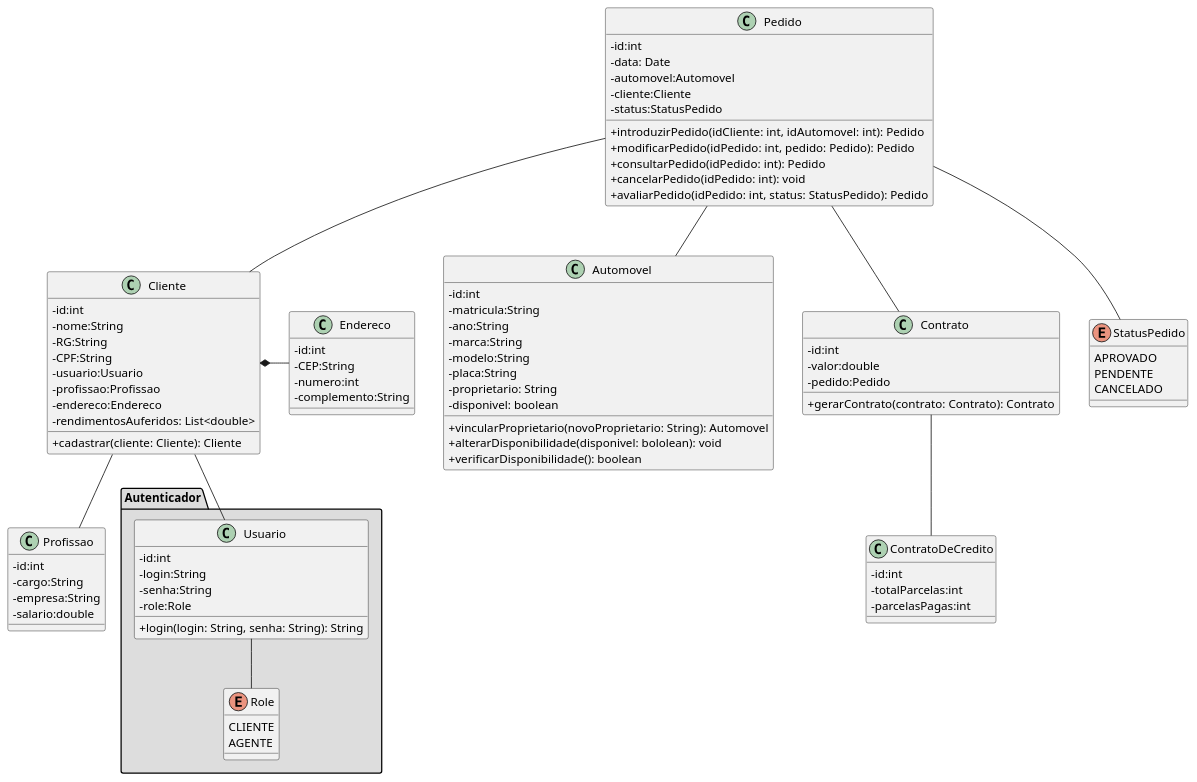
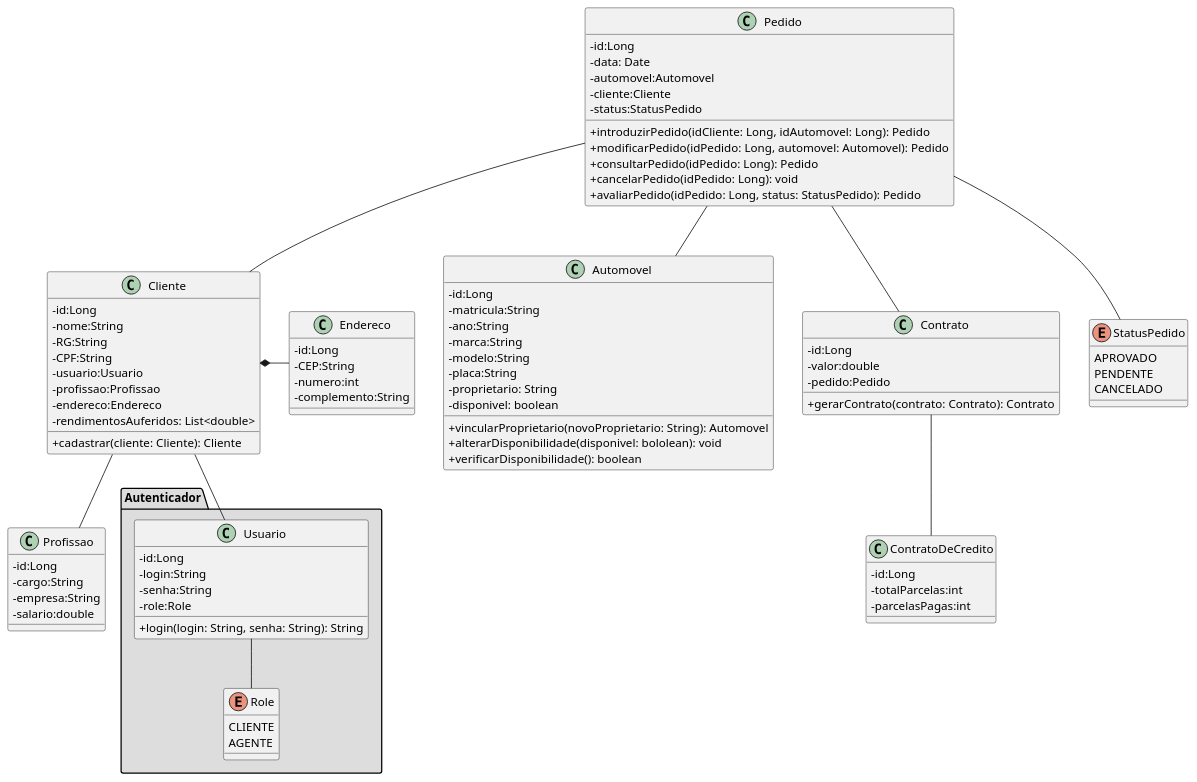
The diagram in projeto/DiagramaDeClasse/diagramaDeClasse.puml (pedromaximocampos/Laboratorio-Desenvolvimento-02), drawn with PlantUML before and after one commit. The commit also changed 4 other files, not shown here.

Commit message:
Correcao de diagramas

```diff
--- a/projeto/DiagramaDeClasse/diagramaDeClasse.puml
+++ b/projeto/DiagramaDeClasse/diagramaDeClasse.puml
@@ -1,112 +1,112 @@
 @startuml
 skinparam classAttributeIconSize 0
 
 package "Autenticador" #DDDDDD {
 
 class Usuario{
--id:int
+-id:Long
 -login:String
 -senha:String
 -role:Role
 
 +login(login: String, senha: String): String
 }
 
 enum Role{
     CLIENTE
     AGENTE
 }
 
 Usuario -- Role
 }
 
 class Cliente{
- -id:int
+ -id:Long
  -nome:String
  -RG:String
  -CPF:String
  -usuario:Usuario
  -profissao:Profissao
  -endereco:Endereco
  -rendimentosAuferidos: List<double>
 
  +cadastrar(cliente: Cliente): Cliente
 }
 
 class Endereco{
--id:int
+-id:Long
 -CEP:String
 -numero:int
 -complemento:String
 }
 
 class Profissao{
--id:int
+-id:Long
 -cargo:String
 -empresa:String
 -salario:double
 }
 
 class Automovel{
--id:int
+-id:Long
 -matricula:String
 -ano:String
 -marca:String
 -modelo:String
 -placa:String
 -proprietario: String
 -disponivel: boolean
 
 +vincularProprietario(novoProprietario: String): Automovel
 +alterarDisponibilidade(disponivel: bololean): void
 +verificarDisponibilidade(): boolean
 }
 
 class Contrato{
--id:int
+-id:Long
 -valor:double
 -pedido:Pedido
 
 +gerarContrato(contrato: Contrato): Contrato
 }
 
 class ContratoDeCredito{
--id:int
+-id:Long
 -totalParcelas:int
 -parcelasPagas:int
 }
 
 
 class Pedido{
--id:int
+-id:Long
 -data: Date
 -automovel:Automovel
 -cliente:Cliente
 -status:StatusPedido
 
-+introduzirPedido(idCliente: int, idAutomovel: int): Pedido
-+modificarPedido(idPedido: int, pedido: Pedido): Pedido
-+consultarPedido(idPedido: int): Pedido
-+cancelarPedido(idPedido: int): void
-+avaliarPedido(idPedido: int, status: StatusPedido): Pedido
++introduzirPedido(idCliente: Long, idAutomovel: Long): Pedido
++modificarPedido(idPedido: Long, automovel: Automovel): Pedido
++consultarPedido(idPedido: Long): Pedido
++cancelarPedido(idPedido: Long): void
++avaliarPedido(idPedido: Long, status: StatusPedido): Pedido
 }
 
 
 enum StatusPedido{
     APROVADO
     PENDENTE
     CANCELADO
 }
 
 Pedido -- Cliente
 Pedido -- Automovel
 Pedido -- Contrato
 Pedido -- StatusPedido
 
 Cliente -- Usuario
 Cliente -- Profissao
 Cliente *- Endereco
 
 Contrato -- ContratoDeCredito
 
 @enduml
```
